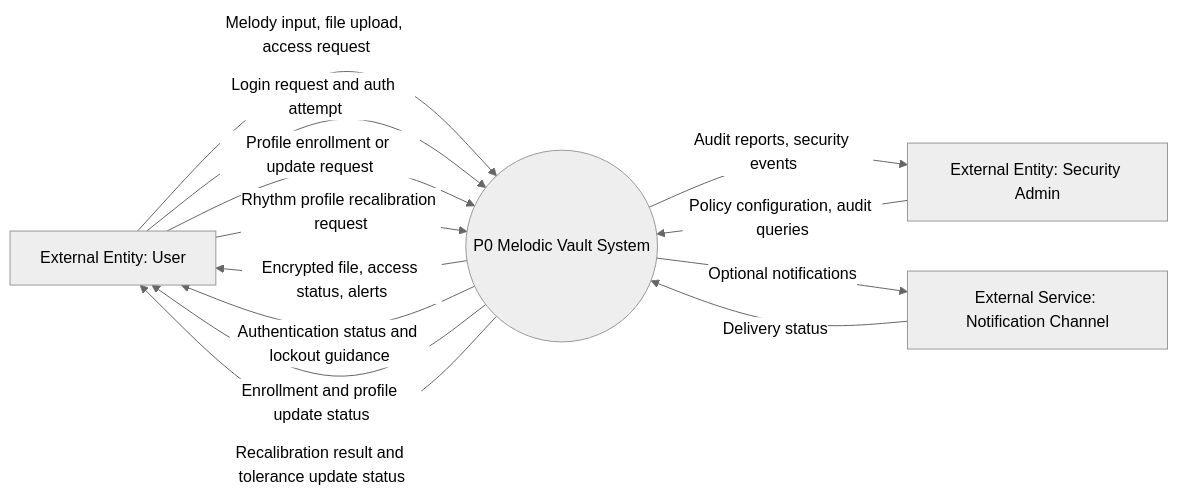
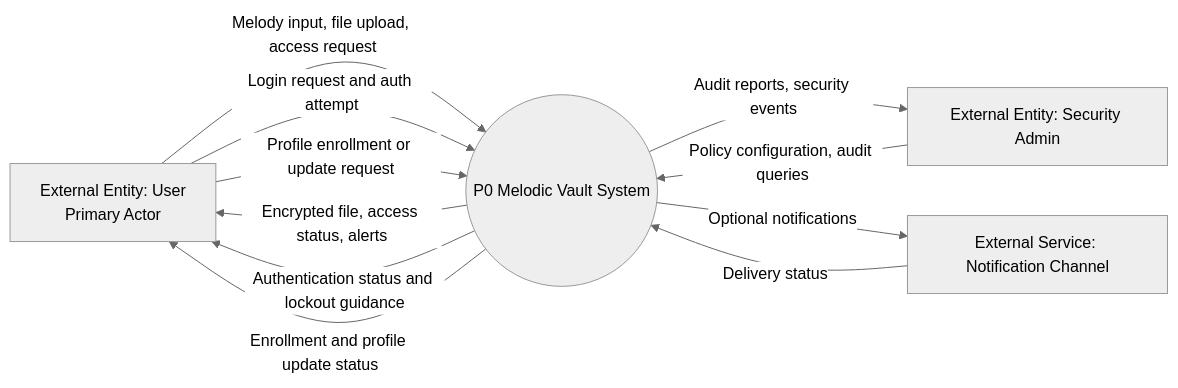
The fourth of 8 diagrams in diagram.md (Aditya-KumarJha/MelodicVault), drawn with Mermaid (neutral theme) before and after one commit.

Commit message:
Level 0 updated

````diff
--- a/diagram.md
+++ b/diagram.md
@@ -188,18 +188,16 @@
 ```mermaid
 flowchart LR
 
-U[External Entity: User] -->|Melody input, file upload, access request| P0((P0 Melodic Vault System))
+U[External Entity: User<br/>Primary Actor] -->|Melody input, file upload, access request| P0((P0 Melodic Vault System))
+P0 -->|Encrypted file, access status, alerts| U
 U -->|Login request and auth attempt| P0
+P0 -->|Authentication status and lockout guidance| U
 U -->|Profile enrollment or update request| P0
-U -->|Rhythm profile recalibration request| P0
-P0 -->|Encrypted file, access status, alerts| U
-P0 -->|Authentication status and lockout guidance| U
 P0 -->|Enrollment and profile update status| U
-P0 -->|Recalibration result and tolerance update status| U
 
 ADM[External Entity: Security Admin] -->|Policy configuration, audit queries| P0
 P0 -->|Audit reports, security events| ADM
 
 P0 -->|Optional notifications| NS[External Service: Notification Channel]
 NS -->|Delivery status| P0
 ```
````
